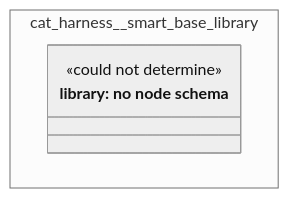
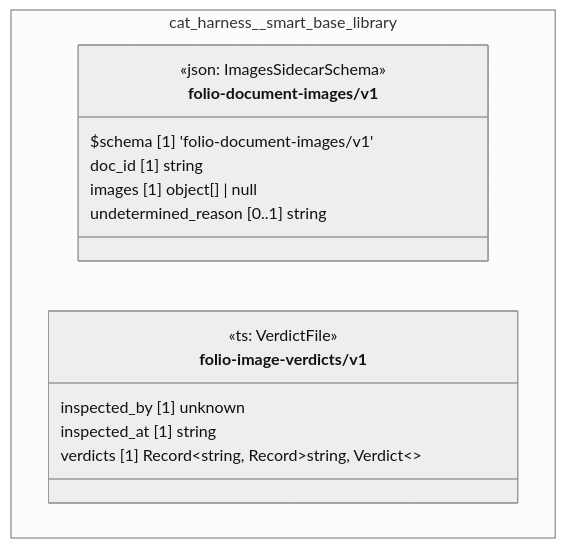
Before and after one commit to litlfred/folio-assistant: the diagram in cat-harness/docs/uml/overview/cat-harness/smart-base-library.md, drawn with Mermaid (neutral theme). The commit also changed other lines of this file and 220 other files, not shown here.

First line of the commit message:
quda: register node schemas for the graph kinds that had none

````diff
--- a/cat-harness/docs/uml/overview/cat-harness/smart-base-library.md
+++ b/cat-harness/docs/uml/overview/cat-harness/smart-base-library.md
@@ -12,11 +12,21 @@
 ```mermaid
 classDiagram
   direction TB
   namespace cat_harness__smart_base_library {
-    class n_cat_harness_smart_base_library_library["library: no node schema"] {
-      <<could not determine>>
+    class cat_harness_smart_base_library_folio_document_images_v1_folio_document_images_v1["folio-document-images/v1"] {
+      <<json: ImagesSidecarSchema>>
+      $schema [1] 'folio-document-images/v1'
+      doc_id [1] string
+      images [1] object[] | null
+      undetermined_reason [0..1] string
+    }
+    class cat_harness_smart_base_library_folio_image_verdicts_v1["folio-image-verdicts/v1"] {
+      <<ts: VerdictFile>>
+      inspected_by [1] unknown
+      inspected_at [1] string
+      verdicts [1] Record~string, Record~string, Verdict~~
     }
   }
-  cssClass "n_cat_harness_smart_base_library_library" fa_uml_kind_library
-  cssClass "n_cat_harness_smart_base_library_library" fa_uml_undetermined
+  cssClass "cat_harness_smart_base_library_folio_document_images_v1_folio_document_images_v1" fa_uml_kind_library
+  cssClass "cat_harness_smart_base_library_folio_image_verdicts_v1" fa_uml_kind_library
 ```
````
